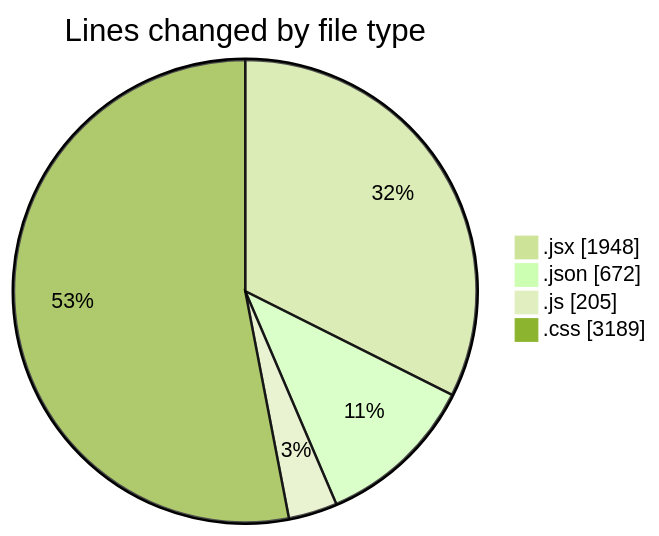
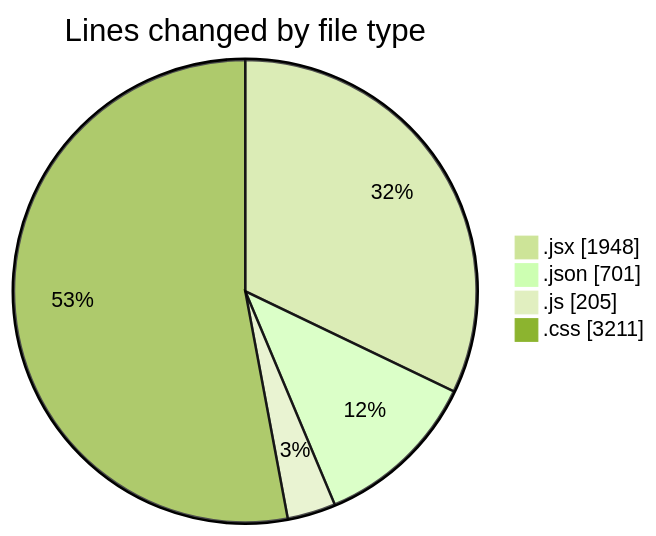
One commit to BS-eng2023/code-tracking changed the first of 2 diagrams in 2025-05-04/project/README.md. Above: the diagram before and after it, drawn with Mermaid (forest theme). The commit also changed other lines of this file and 1 other file, not shown here.

````diff
--- a/2025-05-04/project/README.md
+++ b/2025-05-04/project/README.md
@@ -43,8 +43,8 @@
 ```mermaid
 pie showData
 title Lines changed by file type
 ".jsx" : 1948
-".json" : 672
+".json" : 701
 ".js" : 205
-".css" : 3189
+".css" : 3211
 ```
````
